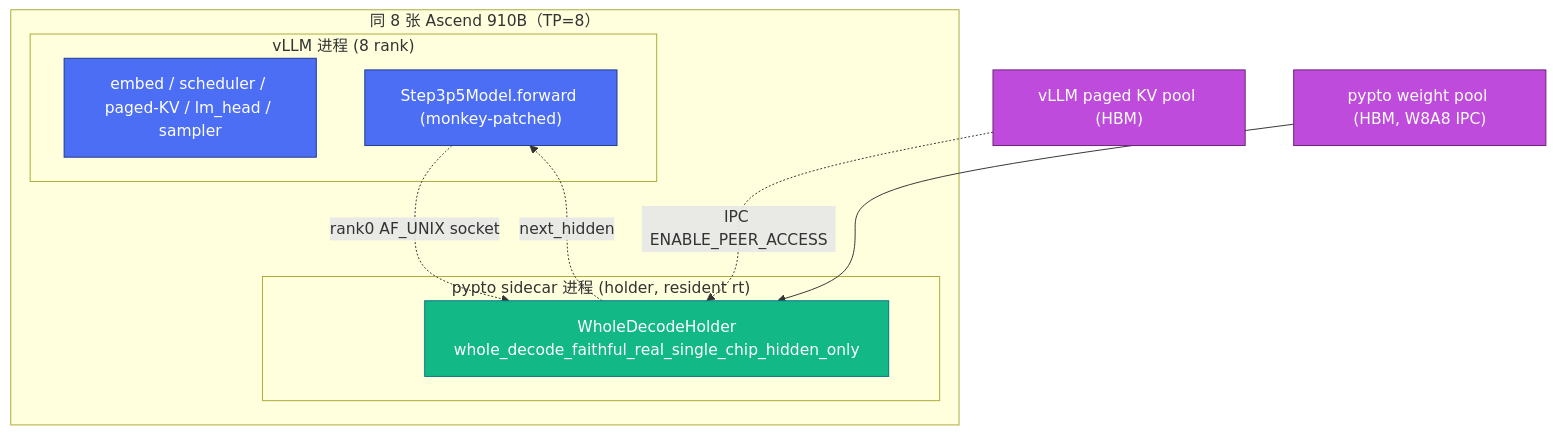
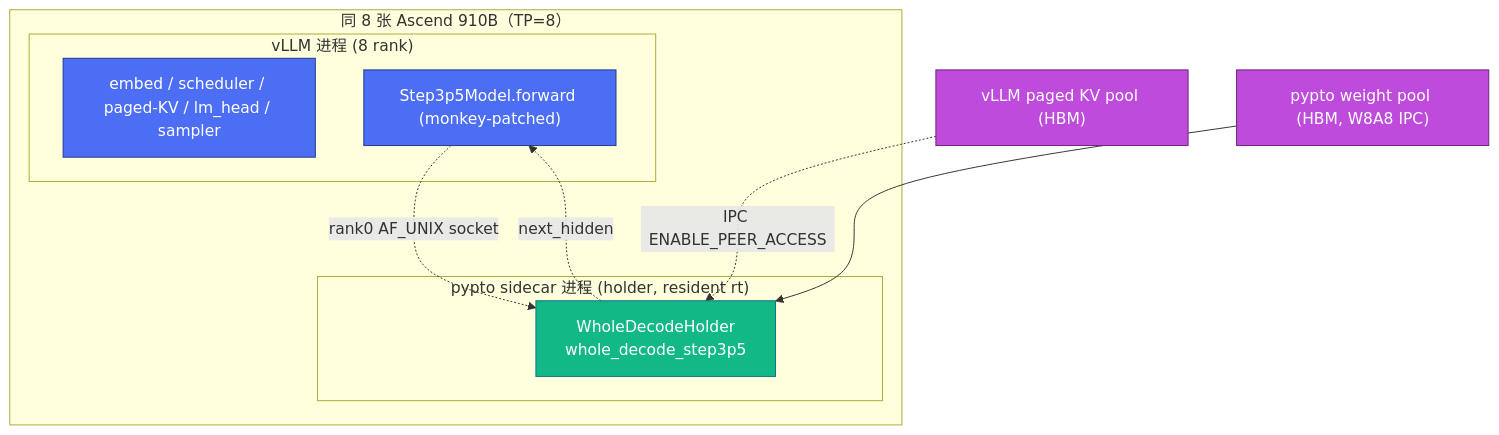
Before and after one commit to csy0225/pypto-project: the first of 4 diagrams in design/vllm-pypto/01-system-design.md, drawn with Mermaid. The commit also changed other lines of this file and 19 other files, not shown here.

````diff
--- a/design/vllm-pypto/01-system-design.md
+++ b/design/vllm-pypto/01-system-design.md
@@ -43,24 +43,24 @@
 ```mermaid
 graph TB
     subgraph CARDS["同 8 张 Ascend 910B（TP=8）"]
         subgraph V["vLLM 进程 (8 rank)"]
             VE["embed / scheduler / paged-KV / lm_head / sampler"]
             VF["Step3p5Model.forward (monkey-patched)"]
         end
         subgraph P["pypto sidecar 进程 (holder, resident rt)"]
-            H["WholeDecodeHolder<br/>whole_decode_faithful_real_single_chip_hidden_only"]
+            H["WholeDecodeHolder<br/>whole_decode_step3p5"]
         end
     end
     KVPOOL["vLLM paged KV pool (HBM)"]
     WPOOL["pypto weight pool (HBM, W8A8 IPC)"]
 
     VF -.rank0 AF_UNIX socket.-> H
     KVPOOL -.IPC ENABLE_PEER_ACCESS.-> H
     WPOOL --> H
     H -.next_hidden.-> VF
 
     classDef v fill:#4C6EF5,stroke:#1E3A8A,color:#fff;
     classDef p fill:#12B886,stroke:#0B7285,color:#fff;
     classDef k fill:#BE4BDB,stroke:#6B2178,color:#fff;
     class VE,VF v; class H p; class KVPOOL,WPOOL k;
 ```
````
